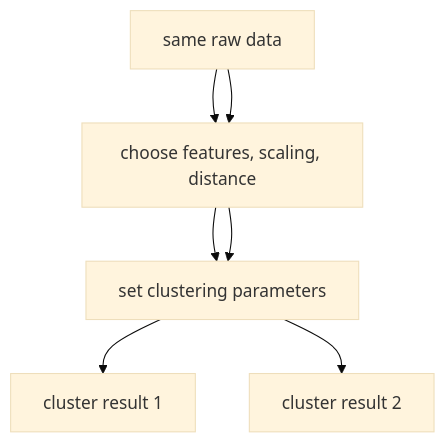
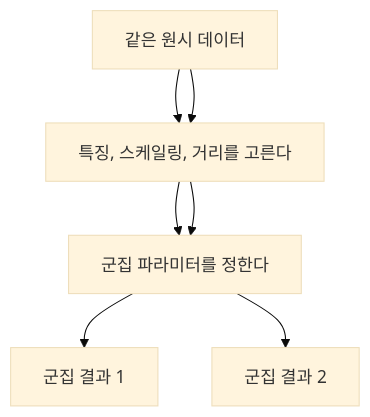
Before and after one commit to devchan64/AiBook: the diagram in docs/assets/part-04/chapter-17/p4-17-2-mermaid-03-ko.mmd, drawn with Mermaid (base theme). The commit also changed 279 other files, not shown here.

Commit message:
Localize Part 4 Korean and Chinese diagrams

```diff
--- a/docs/assets/part-04/chapter-17/p4-17-2-mermaid-03-ko.mmd
+++ b/docs/assets/part-04/chapter-17/p4-17-2-mermaid-03-ko.mmd
@@ -1,9 +1,9 @@
 flowchart TD
-  A["same raw data"]
-  B["choose features, scaling, distance"]
-  C["set clustering parameters"]
-  D["cluster result 1"]
-  E["cluster result 2"]
+  A["같은 원시 데이터"]
+  B["특징, 스케일링, 거리를 고른다"]
+  C["군집 파라미터를 정한다"]
+  D["군집 결과 1"]
+  E["군집 결과 2"]
 
   A --> B --> C --> D
   A --> B --> C --> E
```
